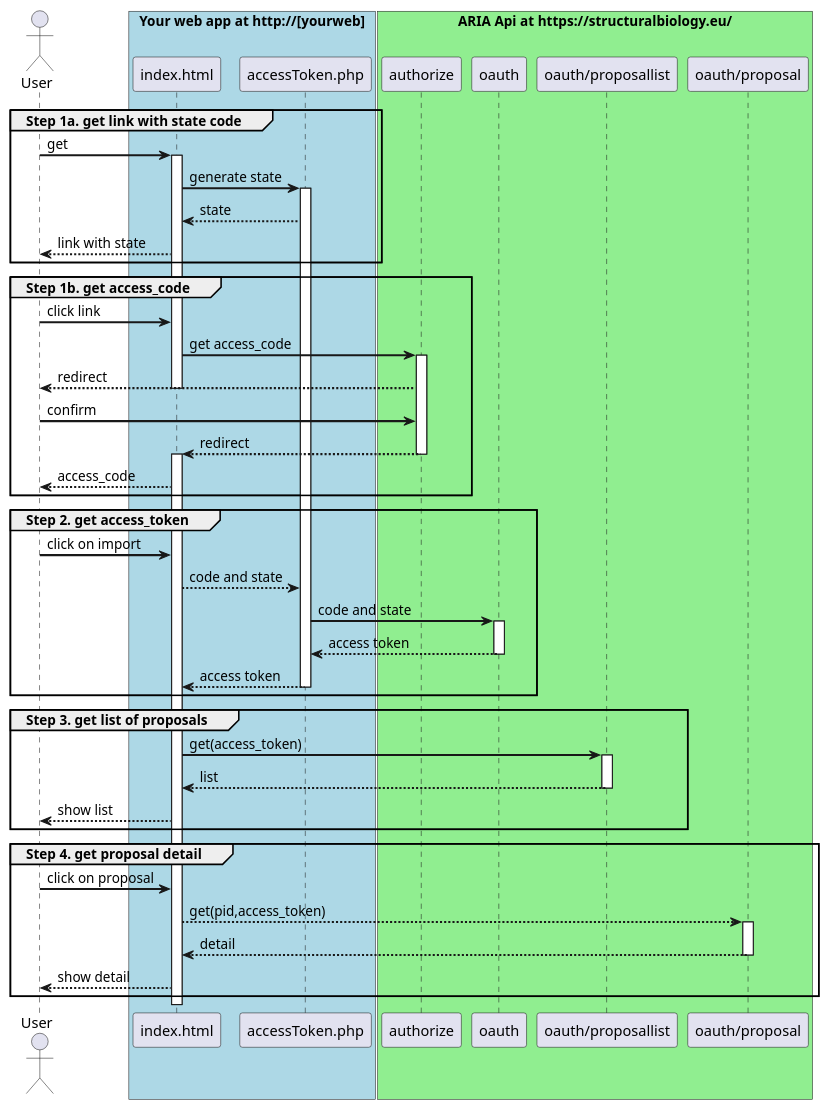
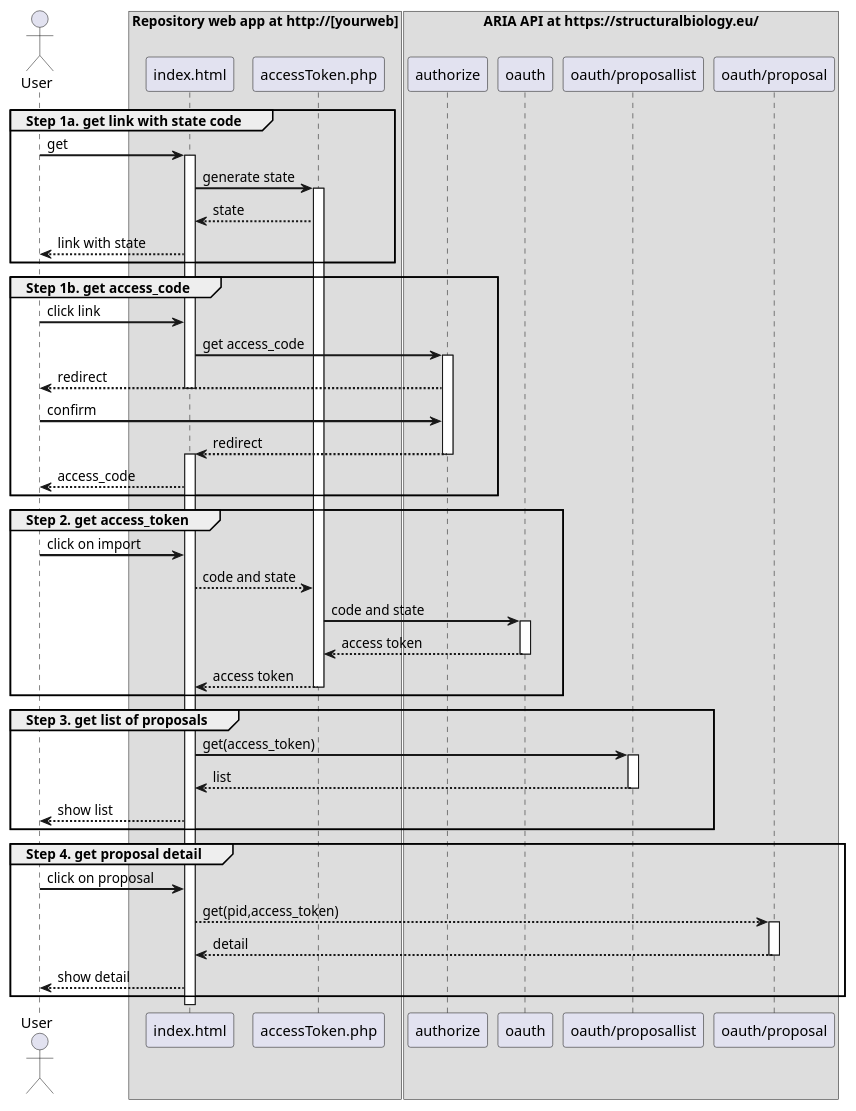
One commit to h2020-westlife-eu/westlife-docs changed the diagram in repository/developers-guide/aria-integration.md. Above: the diagram before and after it, drawn with PlantUML.

Commit message:
Updates repository/developers-guide/aria-integration.md
Auto commit by GitBook Editor

```diff
--- a/repository/developers-guide/aria-integration.md
+++ b/repository/developers-guide/aria-integration.md
@@ -9,60 +9,60 @@
 {% plantuml %}
 skinparam sequenceArrowThickness 2
 
 actor User
-box "Your web app at http://[yourweb]" #LightBlue
+box "Repository web app at http://[yourweb]"
   participant "index.html" as index
   participant "accessToken.php" as php
 end box
-box "ARIA Api at https://structuralbiology.eu/" #LightGreen
+box "ARIA API at https://structuralbiology.eu/"
 participant "authorize" as authorize
 participant "oauth" as oauth
 participant "oauth/proposallist" as list
 participant "oauth/proposal" as proposal
 end box
 group Step 1a. get link with state code
   User -> index: get
   activate index
   index -> php: generate state
   activate php
   php --> index: state
   index --> User: link with state
 end
 group Step 1b. get access_code
   User -> index: click link
   index -> authorize: get access_code
   activate authorize
   authorize --> User: redirect
   deactivate index
   User -> authorize: confirm 
   authorize --> index: redirect
   deactivate authorize
   activate index
   index --> User: access_code
 end
 group Step 2. get access_token
   User -> index: click on import
   index --> php: code and state
   php -> oauth: code and state
   activate oauth
   oauth --> php: access token
   deactivate oauth
   php --> index: access token
   deactivate php
 end
 group Step 3. get list of proposals
   index -> list: get(access_token)
   activate list
   list --> index: list
   deactivate list
   index --> User: show list
 end
 group Step 4. get proposal detail
   User -> index: click on proposal
   index --> proposal: get(pid,access_token)
   activate proposal
   proposal --> index: detail
   deactivate proposal
   index --> User: show detail
 end
 {% endplantuml %}
```
